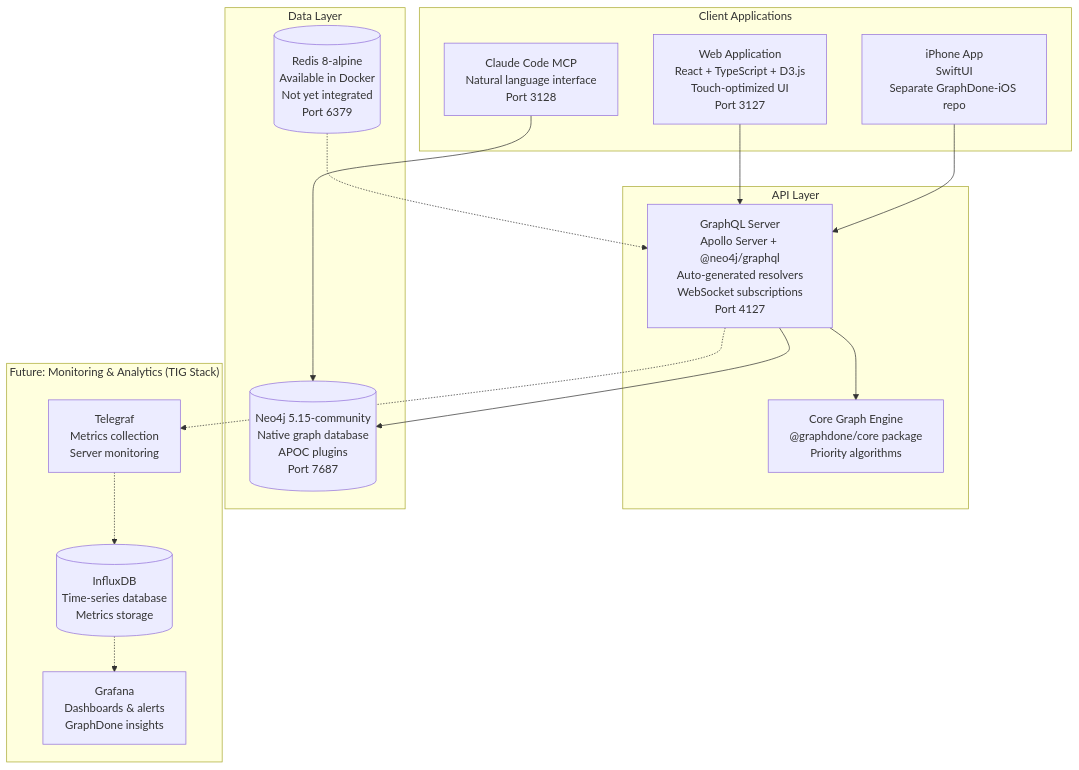
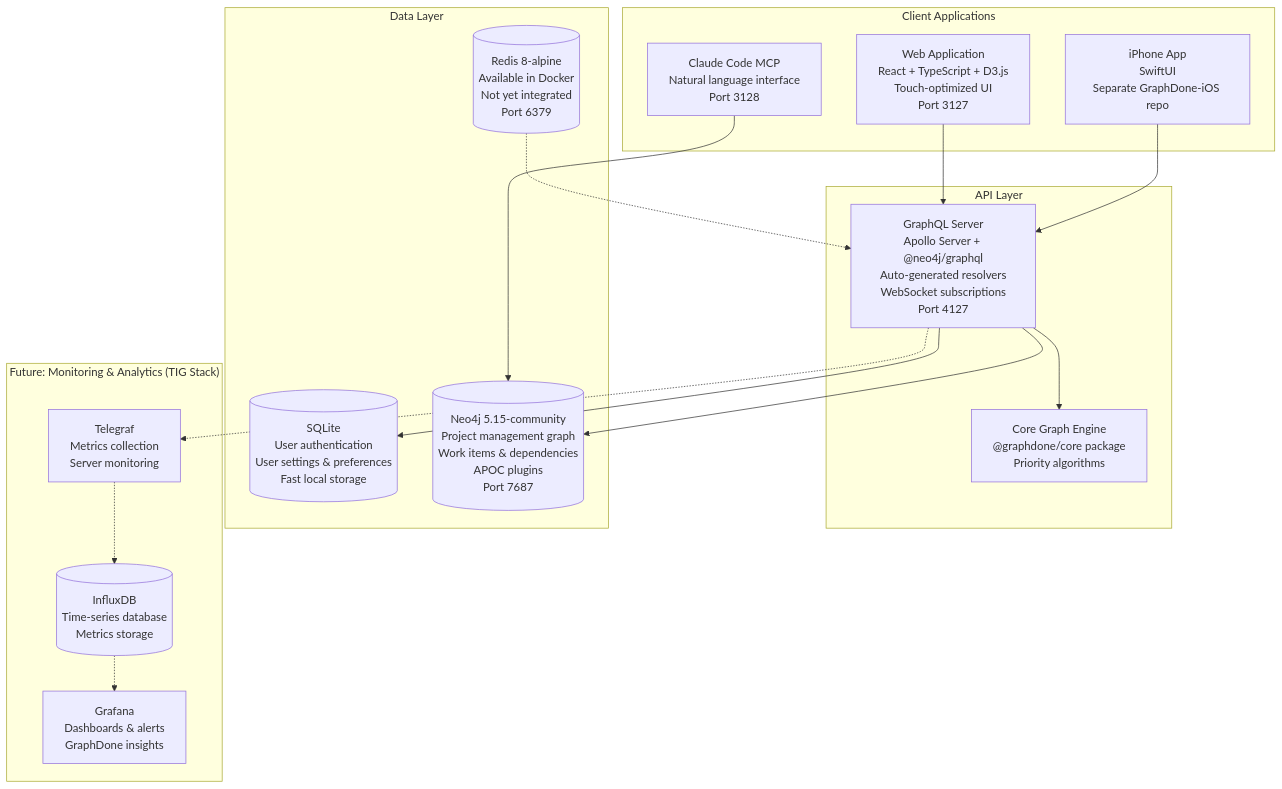
Before and after one commit to GraphDone/GraphDone-Core: the first of 8 diagrams in docs/guides/architecture-overview.md, drawn with Mermaid. The commit also changed other lines of this file and 1 other file, not shown here.

First line of the commit message:
Update documentation for hybrid SQLite/Neo4j architecture

````diff
--- a/docs/guides/architecture-overview.md
+++ b/docs/guides/architecture-overview.md
@@ -13,35 +13,37 @@
 ```mermaid
 graph TB
     subgraph "Client Applications"
         WEB[Web Application<br/>React + TypeScript + D3.js<br/>Touch-optimized UI<br/>Port 3127]
         IOS[iPhone App<br/>SwiftUI<br/>Separate GraphDone-iOS repo]
         CLAUDE[Claude Code MCP<br/>Natural language interface<br/>Port 3128]
     end
     
     subgraph "API Layer"
         GQL[GraphQL Server<br/>Apollo Server + @neo4j/graphql<br/>Auto-generated resolvers<br/>WebSocket subscriptions<br/>Port 4127]
         CORE[Core Graph Engine<br/>@graphdone/core package<br/>Priority algorithms]
     end
     
     subgraph "Data Layer"
-        NEO4J[(Neo4j 5.15-community<br/>Native graph database<br/>APOC plugins<br/>Port 7687)]
+        SQLITE[(SQLite<br/>User authentication<br/>User settings & preferences<br/>Fast local storage)]
+        NEO4J[(Neo4j 5.15-community<br/>Project management graph<br/>Work items & dependencies<br/>APOC plugins<br/>Port 7687)]
         REDIS[(Redis 8-alpine<br/>Available in Docker<br/>Not yet integrated<br/>Port 6379)]
     end
     
     subgraph "Future: Monitoring & Analytics (TIG Stack)"
         TELEGRAF[Telegraf<br/>Metrics collection<br/>Server monitoring]
         INFLUXDB[(InfluxDB<br/>Time-series database<br/>Metrics storage)]  
         GRAFANA[Grafana<br/>Dashboards & alerts<br/>GraphDone insights]
     end
     
     WEB --> GQL
     IOS --> GQL
     CLAUDE --> NEO4J
+    GQL --> SQLITE
     GQL --> NEO4J
     GQL --> CORE
     REDIS -.-> GQL
     
     GQL -.-> TELEGRAF
     TELEGRAF -.-> INFLUXDB
     INFLUXDB -.-> GRAFANA
 ```
````
